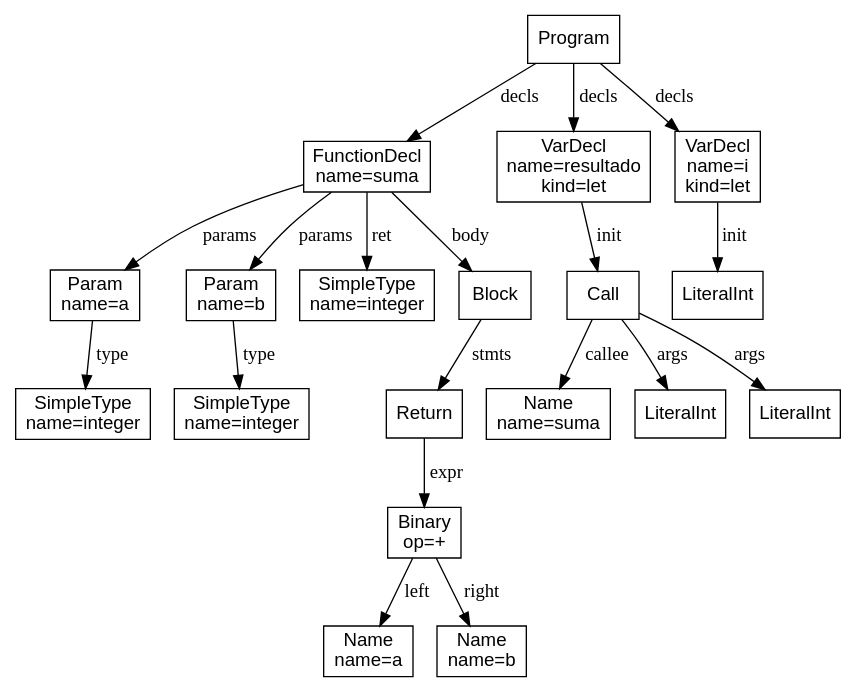
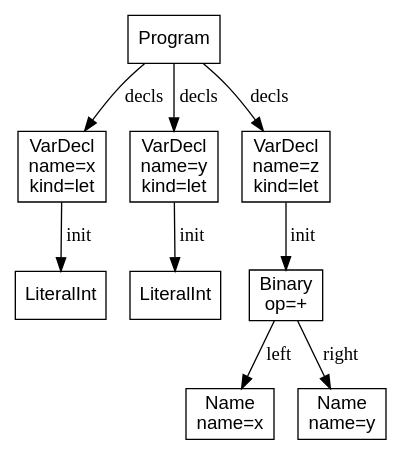
One commit to DanielDubon/compilers-2025_Dubon changed the diagram in compiscript/program/ast.dot. Above: the diagram before and after it, drawn with Graphviz. The commit also changed 12 other files, not shown here.

```diff
--- a/compiscript/program/ast.dot
+++ b/compiscript/program/ast.dot
@@ -1,40 +1,20 @@
 digraph AST {
   node [shape=box, fontname="Arial"];
   n0 [label="Program"];
-  n1 [label="FunctionDecl\nname=suma"];
-  n2 [label="Param\nname=a"];
-  n3 [label="SimpleType\nname=integer"];
-  n2 -> n3 [label="type"];
-  n1 -> n2 [label="params"];
-  n4 [label="Param\nname=b"];
-  n5 [label="SimpleType\nname=integer"];
-  n4 -> n5 [label="type"];
-  n1 -> n4 [label="params"];
-  n6 [label="SimpleType\nname=integer"];
-  n1 -> n6 [label="ret"];
-  n7 [label="Block"];
-  n8 [label="Return"];
-  n9 [label="Binary\nop=+"];
-  n10 [label="Name\nname=a"];
-  n9 -> n10 [label="left"];
-  n11 [label="Name\nname=b"];
-  n9 -> n11 [label="right"];
-  n8 -> n9 [label="expr"];
-  n7 -> n8 [label="stmts"];
-  n1 -> n7 [label="body"];
+  n1 [label="VarDecl\nname=x\nkind=let"];
+  n2 [label="LiteralInt"];
+  n1 -> n2 [label="init"];
   n0 -> n1 [label="decls"];
-  n12 [label="VarDecl\nname=resultado\nkind=let"];
-  n13 [label="Call"];
-  n14 [label="Name\nname=suma"];
-  n13 -> n14 [label="callee"];
-  n15 [label="LiteralInt"];
-  n13 -> n15 [label="args"];
-  n16 [label="LiteralInt"];
-  n13 -> n16 [label="args"];
-  n12 -> n13 [label="init"];
-  n0 -> n12 [label="decls"];
-  n17 [label="VarDecl\nname=i\nkind=let"];
-  n18 [label="LiteralInt"];
-  n17 -> n18 [label="init"];
-  n0 -> n17 [label="decls"];
+  n3 [label="VarDecl\nname=y\nkind=let"];
+  n4 [label="LiteralInt"];
+  n3 -> n4 [label="init"];
+  n0 -> n3 [label="decls"];
+  n5 [label="VarDecl\nname=z\nkind=let"];
+  n6 [label="Binary\nop=+"];
+  n7 [label="Name\nname=x"];
+  n6 -> n7 [label="left"];
+  n8 [label="Name\nname=y"];
+  n6 -> n8 [label="right"];
+  n5 -> n6 [label="init"];
+  n0 -> n5 [label="decls"];
 }
```
